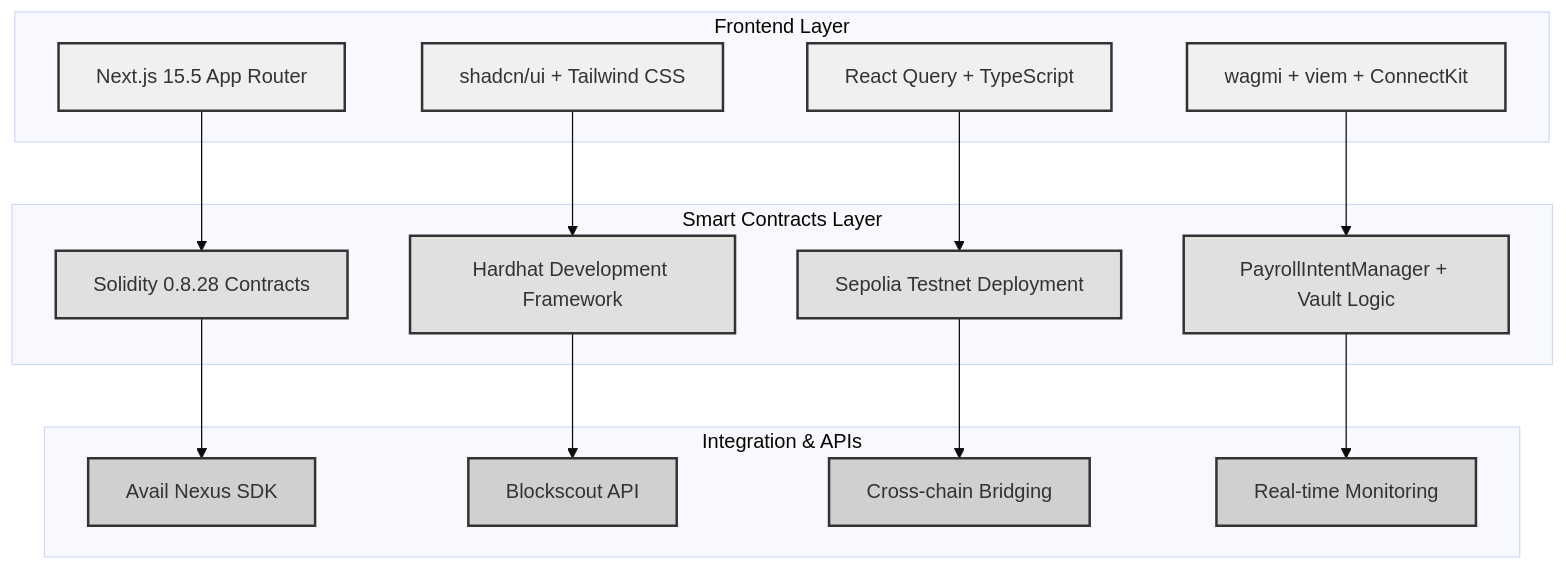
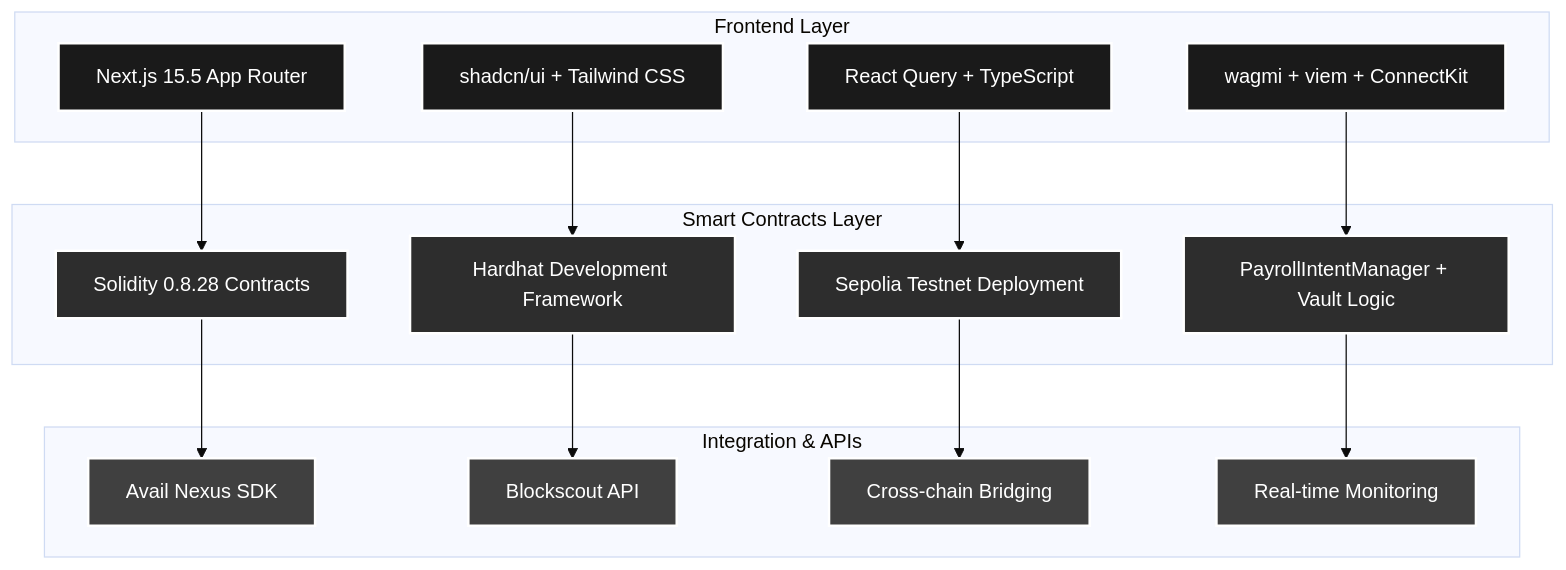
One commit to N-45div/ethg-2025 changed the diagram in README.md. Above: the diagram before and after it, drawn with Mermaid (base theme).

Commit message:
feat: finishing touches mermaid diagram

````diff
--- a/README.md
+++ b/README.md
@@ -32,45 +32,45 @@
 ```mermaid
 graph TB
     subgraph "Frontend Layer"
         A[Next.js 15.5 App Router]
         B[shadcn/ui + Tailwind CSS]
         C[React Query + TypeScript]
         D[wagmi + viem + ConnectKit]
     end
     
     subgraph "Smart Contracts Layer"
         E[Solidity 0.8.28 Contracts]
         F[Hardhat Development Framework]
         G[Sepolia Testnet Deployment]
         H[PayrollIntentManager + Vault Logic]
     end
     
     subgraph "Integration & APIs"
         I[Avail Nexus SDK]
         J[Blockscout API]
         K[Cross-chain Bridging]
         L[Real-time Monitoring]
     end
     
     A --> E
     B --> F
     C --> G
     D --> H
     E --> I
     F --> J
     G --> K
     H --> L
     
-    style A fill:#f0f0f0,stroke:#333,stroke-width:2px
-    style B fill:#f0f0f0,stroke:#333,stroke-width:2px
-    style C fill:#f0f0f0,stroke:#333,stroke-width:2px
-    style D fill:#f0f0f0,stroke:#333,stroke-width:2px
-    style E fill:#e0e0e0,stroke:#333,stroke-width:2px
-    style F fill:#e0e0e0,stroke:#333,stroke-width:2px
-    style G fill:#e0e0e0,stroke:#333,stroke-width:2px
-    style H fill:#e0e0e0,stroke:#333,stroke-width:2px
-    style I fill:#d0d0d0,stroke:#333,stroke-width:2px
-    style J fill:#d0d0d0,stroke:#333,stroke-width:2px
-    style K fill:#d0d0d0,stroke:#333,stroke-width:2px
-    style L fill:#d0d0d0,stroke:#333,stroke-width:2px
+    style A fill:#1a1a1a,stroke:#fff,stroke-width:2px,color:#fff
+    style B fill:#1a1a1a,stroke:#fff,stroke-width:2px,color:#fff
+    style C fill:#1a1a1a,stroke:#fff,stroke-width:2px,color:#fff
+    style D fill:#1a1a1a,stroke:#fff,stroke-width:2px,color:#fff
+    style E fill:#2d2d2d,stroke:#fff,stroke-width:2px,color:#fff
+    style F fill:#2d2d2d,stroke:#fff,stroke-width:2px,color:#fff
+    style G fill:#2d2d2d,stroke:#fff,stroke-width:2px,color:#fff
+    style H fill:#2d2d2d,stroke:#fff,stroke-width:2px,color:#fff
+    style I fill:#404040,stroke:#fff,stroke-width:2px,color:#fff
+    style J fill:#404040,stroke:#fff,stroke-width:2px,color:#fff
+    style K fill:#404040,stroke:#fff,stroke-width:2px,color:#fff
+    style L fill:#404040,stroke:#fff,stroke-width:2px,color:#fff
 ```
````
